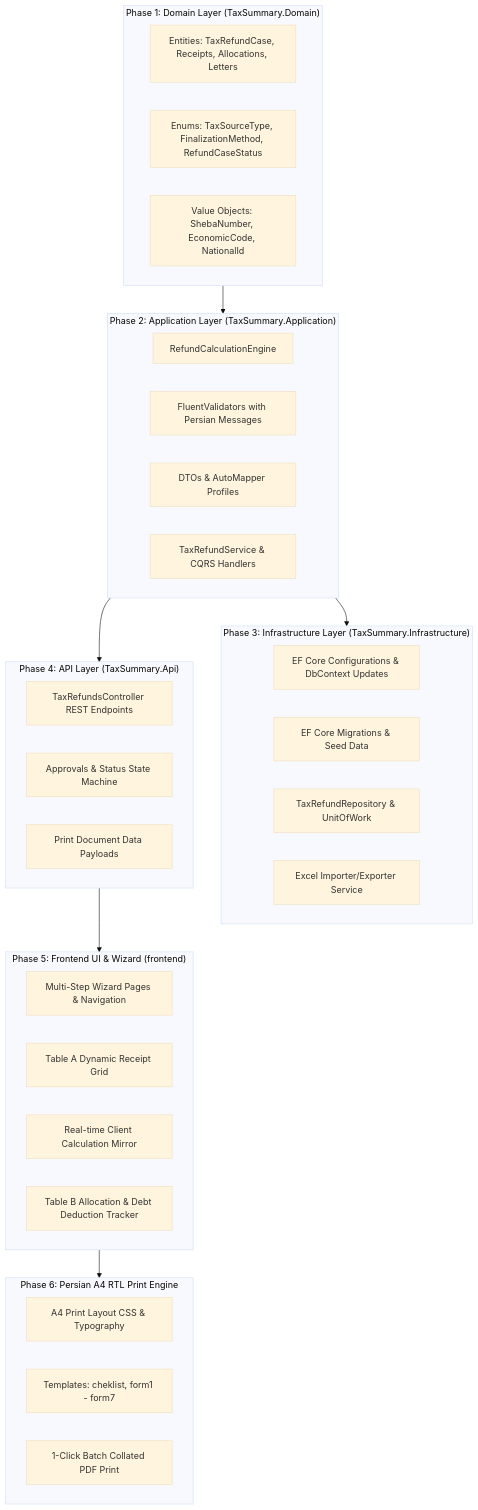
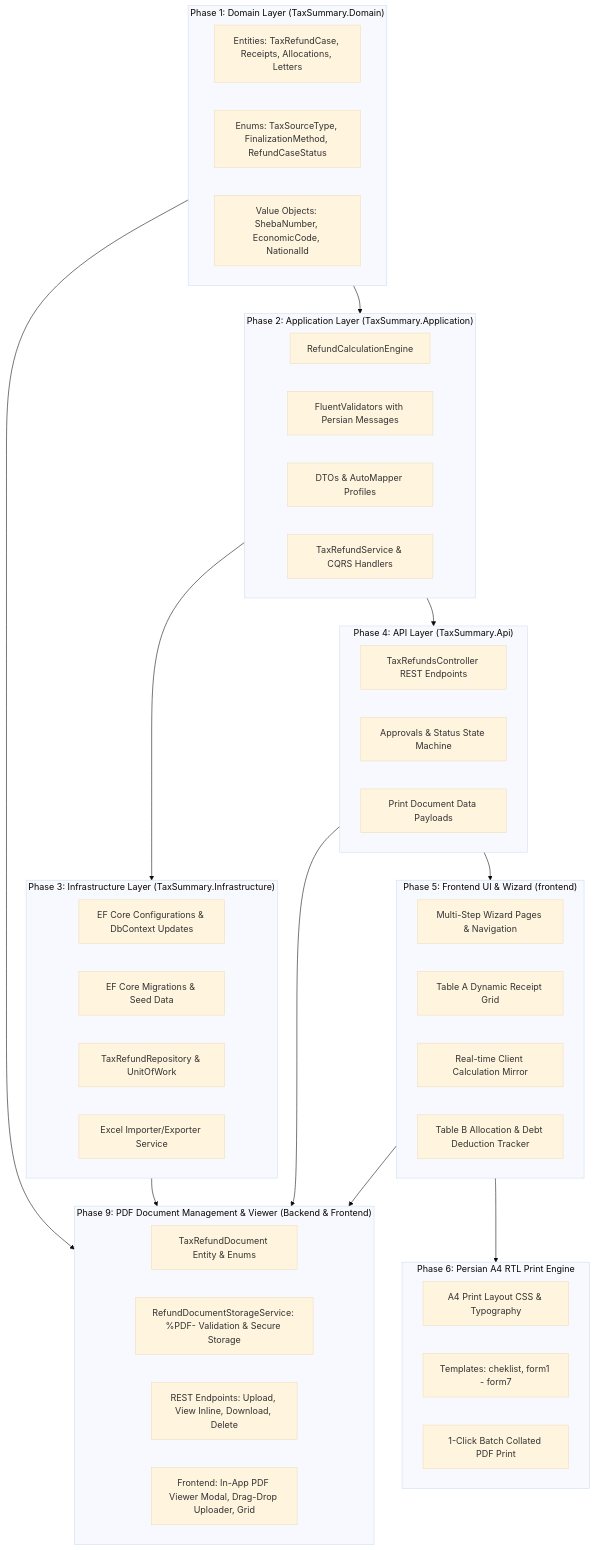
The first of 2 diagrams in raodmap_payback.md (alirezakavianifar/tax_summary_employee_app), drawn with Mermaid (base theme) before and after one commit. The commit also changed other lines of this file and 41 other files, not shown here.

Commit message:
feat(refunds): add supporting PDF document upload and in-app viewer

````diff
--- a/raodmap_payback.md
+++ b/raodmap_payback.md
@@ -10,47 +10,58 @@
 ```mermaid
 graph TD
     subgraph Phase1_Domain["Phase 1: Domain Layer (TaxSummary.Domain)"]
         D1[Entities: TaxRefundCase, Receipts, Allocations, Letters]
         D2[Enums: TaxSourceType, FinalizationMethod, RefundCaseStatus]
         D3[Value Objects: ShebaNumber, EconomicCode, NationalId]
     end
 
     subgraph Phase2_Application["Phase 2: Application Layer (TaxSummary.Application)"]
         A1[RefundCalculationEngine]
         A2[FluentValidators with Persian Messages]
         A3[DTOs & AutoMapper Profiles]
         A4[TaxRefundService & CQRS Handlers]
     end
 
     subgraph Phase3_Infrastructure["Phase 3: Infrastructure Layer (TaxSummary.Infrastructure)"]
         I1[EF Core Configurations & DbContext Updates]
         I2[EF Core Migrations & Seed Data]
         I3[TaxRefundRepository & UnitOfWork]
         I4[Excel Importer/Exporter Service]
     end
 
     subgraph Phase4_Api["Phase 4: API Layer (TaxSummary.Api)"]
         P1[TaxRefundsController REST Endpoints]
         P2[Approvals & Status State Machine]
         P3[Print Document Data Payloads]
     end
 
     subgraph Phase5_Frontend_Wizard["Phase 5: Frontend UI & Wizard (frontend)"]
         F1[Multi-Step Wizard Pages & Navigation]
         F2[Table A Dynamic Receipt Grid]
         F3[Real-time Client Calculation Mirror]
         F4[Table B Allocation & Debt Deduction Tracker]
     end
 
     subgraph Phase6_Frontend_Print["Phase 6: Persian A4 RTL Print Engine"]
         R1[A4 Print Layout CSS & Typography]
         R2[Templates: cheklist, form1 - form7]
         R3[1-Click Batch Collated PDF Print]
     end
 
+    subgraph Phase9_Documents["Phase 9: PDF Document Management & Viewer (Backend & Frontend)"]
+        DOC1[TaxRefundDocument Entity & Enums]
+        DOC2[RefundDocumentStorageService: %PDF- Validation & Secure Storage]
+        DOC3[REST Endpoints: Upload, View Inline, Download, Delete]
+        DOC4[Frontend: In-App PDF Viewer Modal, Drag-Drop Uploader, Grid]
+    end
+
     Phase1_Domain --> Phase2_Application
     Phase2_Application --> Phase3_Infrastructure
     Phase2_Application --> Phase4_Api
     Phase4_Api --> Phase5_Frontend_Wizard
     Phase5_Frontend_Wizard --> Phase6_Frontend_Print
+    Phase1_Domain --> Phase9_Documents
+    Phase3_Infrastructure --> Phase9_Documents
+    Phase4_Api --> Phase9_Documents
+    Phase5_Frontend_Wizard --> Phase9_Documents
 ```
````
